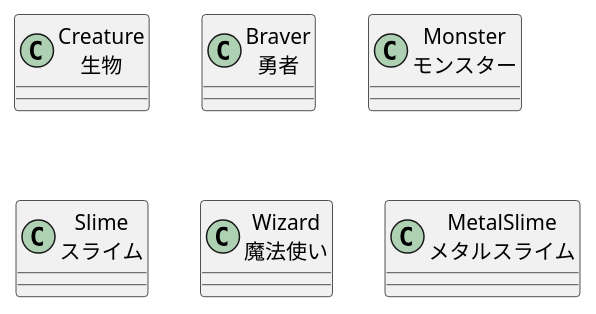
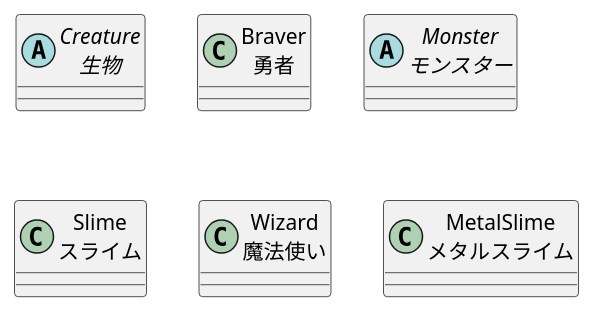
The diagram in classes.md (nishino-naoyuki/2021design), drawn with PlantUML before and after one commit.

````diff
--- a/classes.md
+++ b/classes.md
@@ -1,16 +1,16 @@
 ```UML
 @startuml
-class "Creature\n生物" as creature{
+abstract class "Creature\n生物" as creature{
 }
 class "Braver\n勇者" as braver{
 }
-class "Monster\nモンスター" as monster{
+abstract class "Monster\nモンスター" as monster{
 }
 class "Slime\nスライム" as slime{
 }
 class "Wizard\n魔法使い" as wizard{
 }
 class "MetalSlime\nメタルスライム" as metalSlime{
 }
 @enduml
 ```
````
